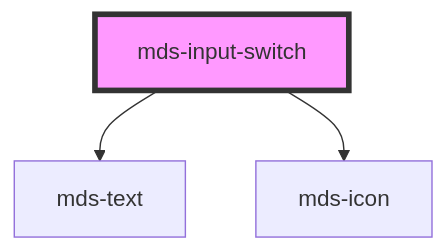
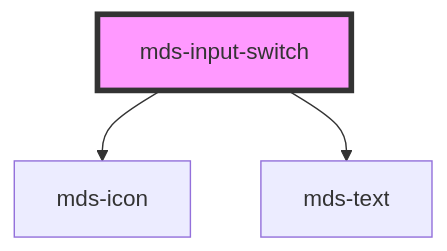
Before and after one commit to magma-design-system/magma: the diagram in projects/stencil/src/components/mds-input-switch/readme.md, drawn with Mermaid. The commit also changed other lines of this file and 7 other files, not shown here.

Commit message:
feat(mds-input-switch): add explicit icons

````diff
--- a/projects/stencil/src/components/mds-input-switch/readme.md
+++ b/projects/stencil/src/components/mds-input-switch/readme.md
@@ -67,6 +75,6 @@
 ```mermaid
 graph TD;
+  mds-input-switch --> mds-icon
   mds-input-switch --> mds-text
-  mds-input-switch --> mds-icon
   style mds-input-switch fill:#f9f,stroke:#333,stroke-width:4px
 ```
````
